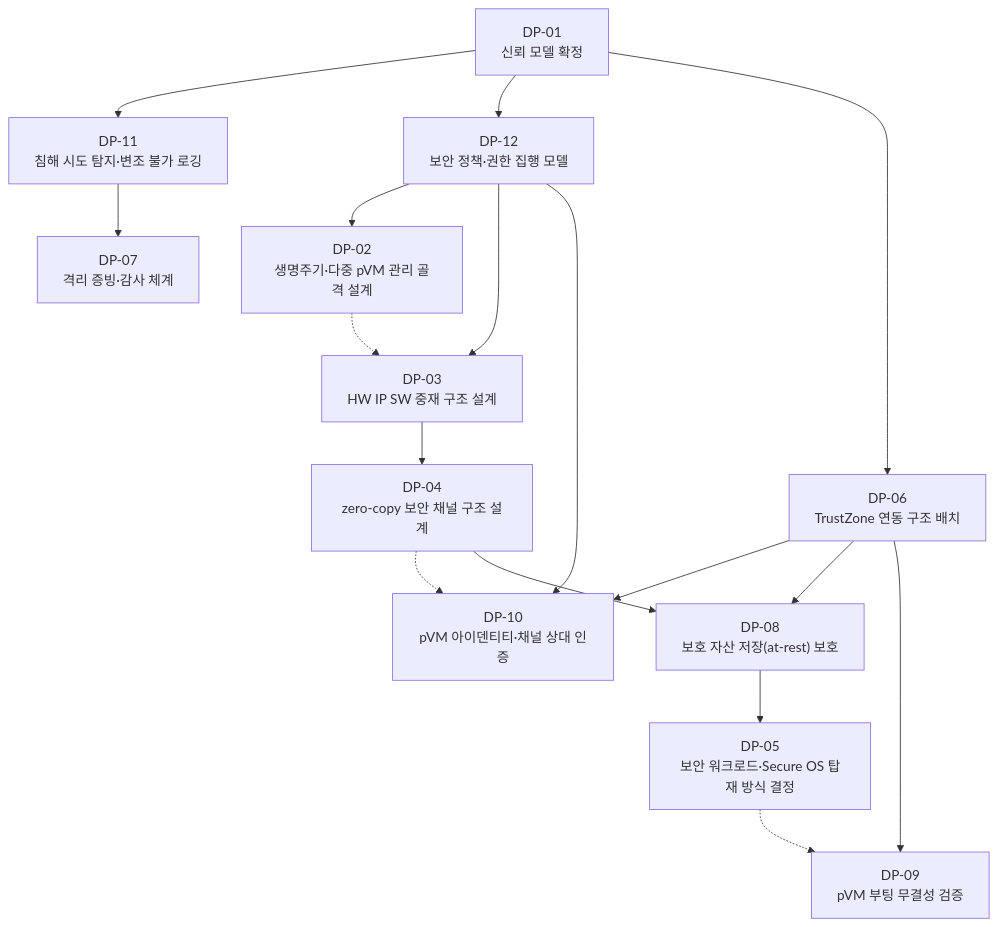
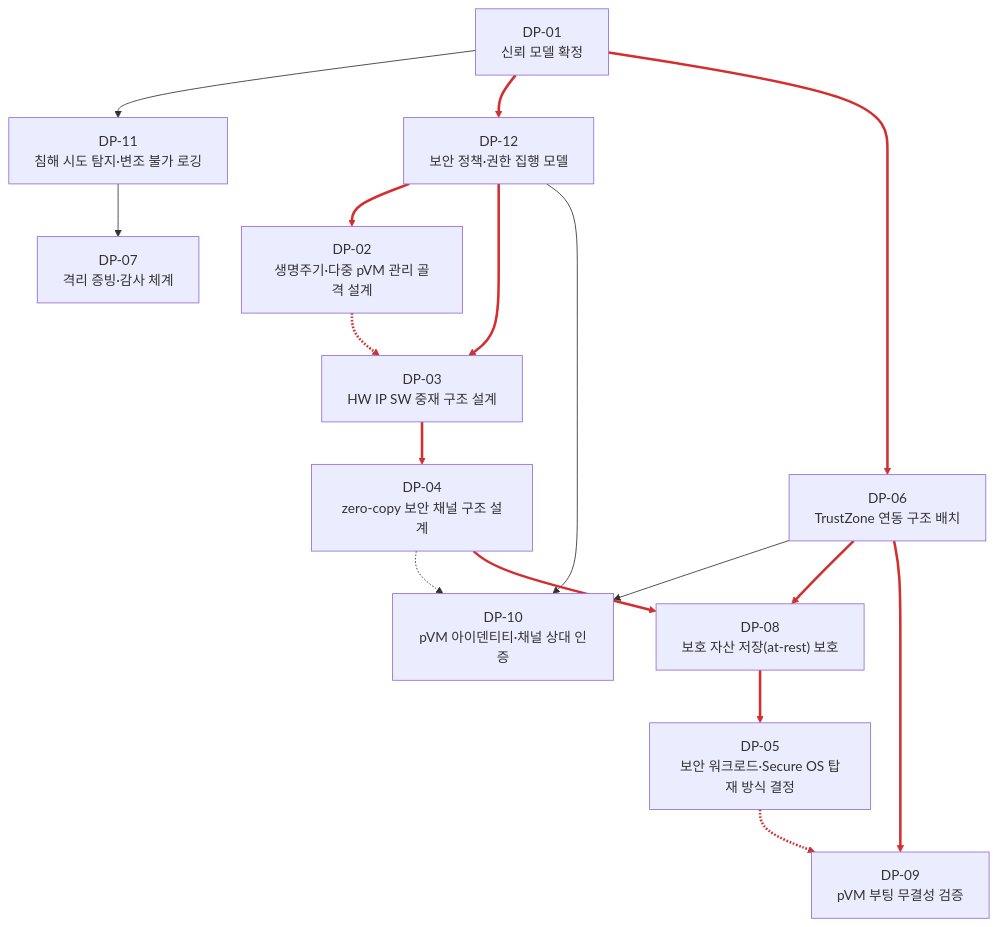
Before and after one commit to boram1288/personal-architecture: the diagram in docs_fable/05_design_points.md, drawn with Mermaid. The commit also changed other lines of this file, not shown here.

Commit message:
critical path 선 색상 표시 추가
DP 선행 의존성 다이어그램에서 critical path에 해당하는 연결선을 빨간색으로 표시함.

````diff
--- a/docs_fable/05_design_points.md
+++ b/docs_fable/05_design_points.md
@@ -374,32 +374,34 @@
 ```mermaid
 flowchart TD
     DP01["DP-01<br/>신뢰 모델 확정"]
     DP11["DP-11<br/>침해 시도 탐지·변조 불가 로깅"]
     DP07["DP-07<br/>격리 증빙·감사 체계"]
     DP12["DP-12<br/>보안 정책·권한 집행 모델"]
     DP02["DP-02<br/>생명주기·다중 pVM 관리 골격 설계"]
     DP03["DP-03<br/>HW IP SW 중재 구조 설계"]
     DP06["DP-06<br/>TrustZone 연동 구조 배치"]
     DP04["DP-04<br/>zero-copy 보안 채널 구조 설계"]
     DP10["DP-10<br/>pVM 아이덴티티·채널 상대 인증"]
     DP08["DP-08<br/>보호 자산 저장(at-rest) 보호"]
     DP09["DP-09<br/>pVM 부팅 무결성 검증"]
     DP05["DP-05<br/>보안 워크로드·Secure OS 탑재 방식 결정"]
 
     DP01 --> DP11
     DP11 --> DP07
     DP01 --> DP12
     DP12 --> DP02
     DP12 --> DP03
     DP12 --> DP10
     DP02 -.-> DP03
     DP03 --> DP04
     DP01 --> DP06
     DP06 --> DP10
     DP06 --> DP08
     DP06 --> DP09
     DP04 -.-> DP10
     DP04 --> DP08
     DP08 --> DP05
     DP05 -.-> DP09
+
+    linkStyle 2,3,4,6,7,8,10,11,13,14,15 stroke:#d32f2f,stroke-width:3px
 ```
````
